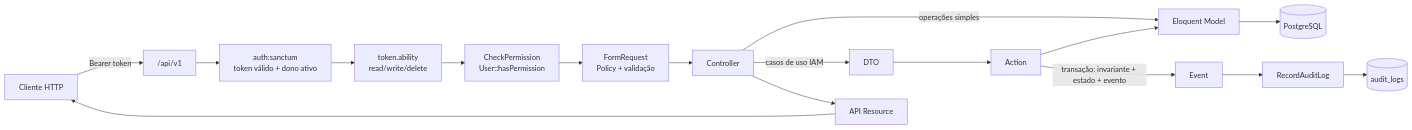
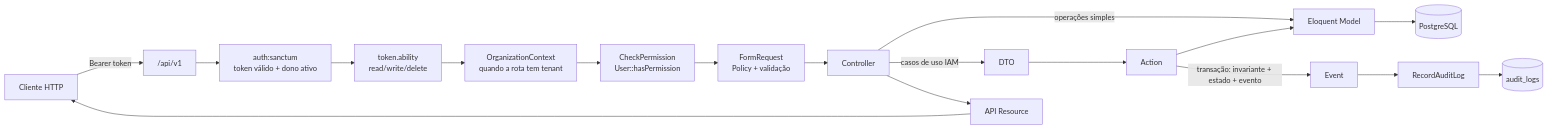
The diagram in docs/architecture/overview.md (RafaSantos04/NAPI), drawn with Mermaid before and after one commit. The commit also changed other lines of this file and 26 other files, not shown here.

Commit message:
docs(tenancy): documenta e atualiza roadmap arquitetura e segurança

````diff
--- a/docs/architecture/overview.md
+++ b/docs/architecture/overview.md
@@ -13,15 +13,16 @@
 ```mermaid
 flowchart LR
     Client[Cliente HTTP] -->|Bearer token| API["/api/v1"]
     API --> Auth[auth:sanctum<br/>token válido + dono ativo]
     Auth --> Ability[token.ability<br/>read/write/delete]
-    Ability --> Matrix[CheckPermission<br/>User::hasPermission]
+    Ability --> Context[OrganizationContext<br/>quando a rota tem tenant]
+    Context --> Matrix[CheckPermission<br/>User::hasPermission]
     Matrix --> Req[FormRequest<br/>Policy + validação]
     Req --> Ctrl[Controller]
     Ctrl -->|operações simples| Model[Eloquent Model]
     Ctrl -->|casos de uso IAM| DTO --> Action
     Action --> Model
     Action -->|transação: invariante + estado + evento| Event --> Listener[RecordAuditLog] --> Audit[(audit_logs)]
     Model --> PG[(PostgreSQL)]
     Ctrl --> Res[API Resource] --> Client
 ```
````
